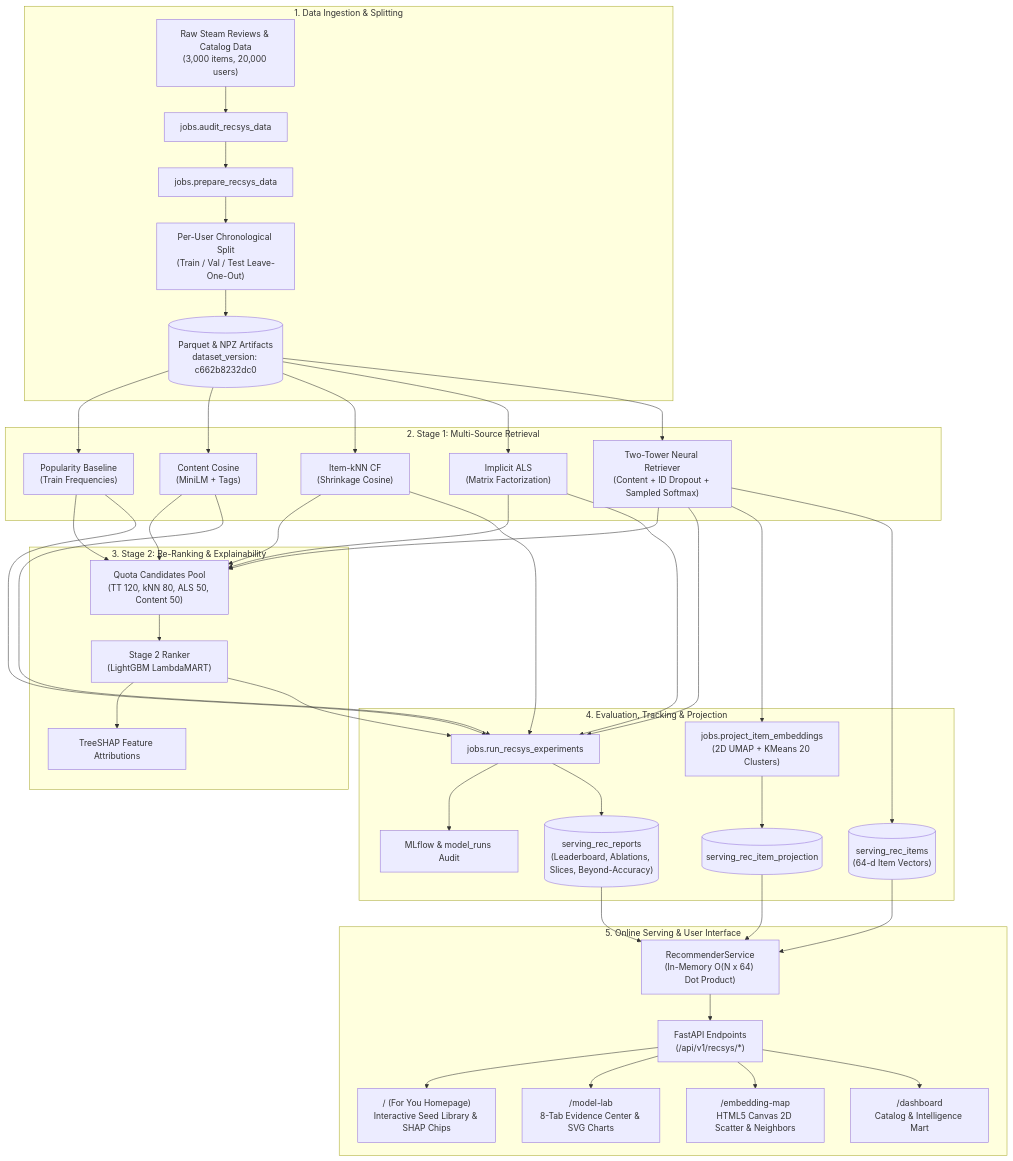
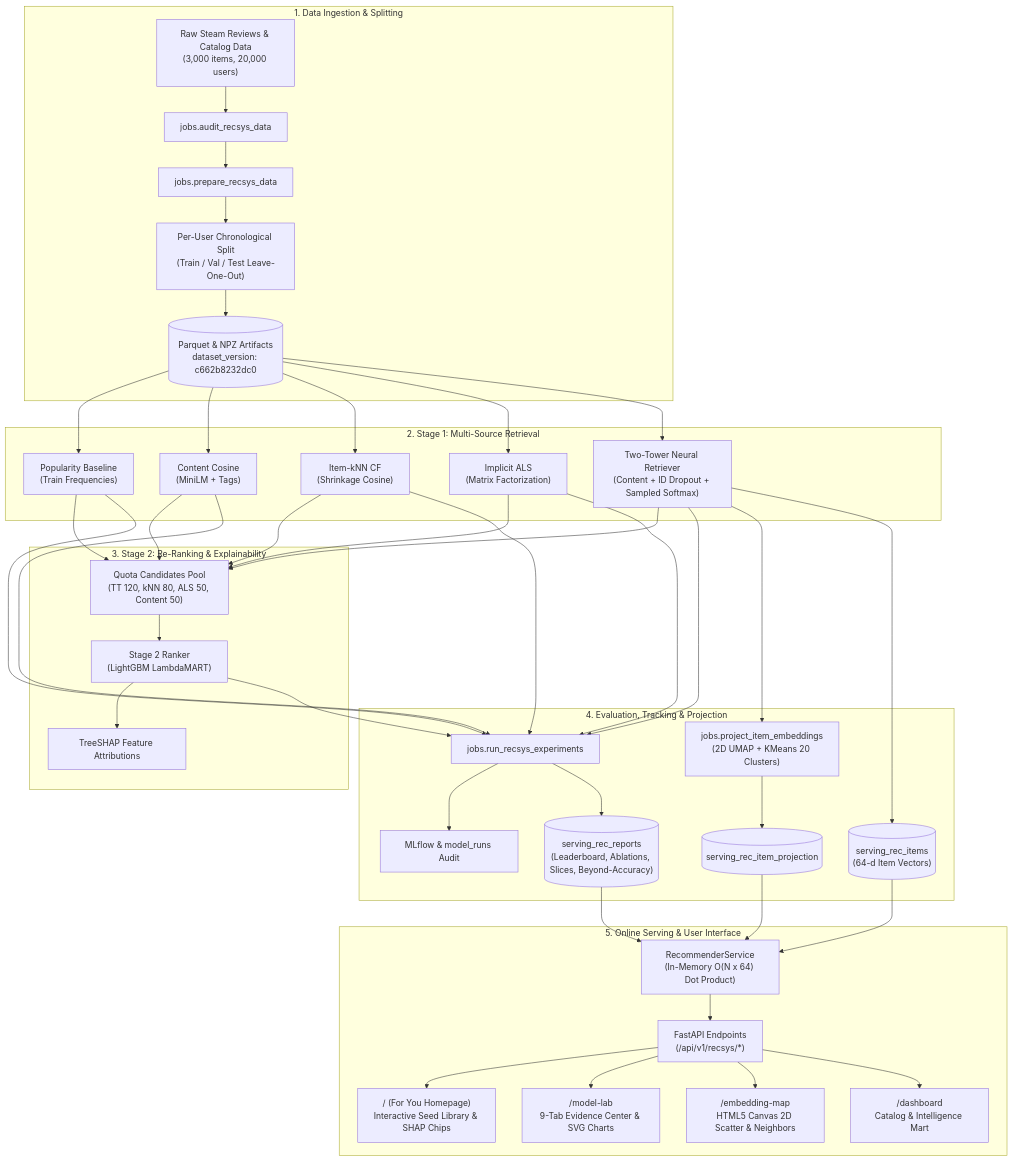
The diagram in README.md (MadhavGera/SteamIQ), drawn with Mermaid before and after one commit. The commit also changed other lines of this file and 4 other files, not shown here.

````diff
--- a/README.md
+++ b/README.md
@@ -9,43 +9,43 @@
 ```mermaid
 flowchart TD
     subgraph DataPrep ["1. Data Ingestion & Splitting"]
         Raw["Raw Steam Reviews & Catalog Data<br/>(3,000 items, 20,000 users)"]
         Audit["jobs.audit_recsys_data"]
         Prep["jobs.prepare_recsys_data"]
         Split["Per-User Chronological Split<br/>(Train / Val / Test Leave-One-Out)"]
         Parquet[("Parquet & NPZ Artifacts<br/>dataset_version: c662b8232dc0")]
         Raw --> Audit --> Prep --> Split --> Parquet
     end
 
     subgraph Stage1 ["2. Stage 1: Multi-Source Retrieval"]
         Parquet --> Pop["Popularity Baseline<br/>(Train Frequencies)"]
         Parquet --> Content["Content Cosine<br/>(MiniLM + Tags)"]
         Parquet --> ItemKNN["Item-kNN CF<br/>(Shrinkage Cosine)"]
         Parquet --> ALS["Implicit ALS<br/>(Matrix Factorization)"]
         Parquet --> TT["Two-Tower Neural Retriever<br/>(Content + ID Dropout + Sampled Softmax)"]
     end
 
     subgraph Stage2 ["3. Stage 2: Re-Ranking & Explainability"]
         Pop & Content & ItemKNN & ALS & TT --> Candidates["Quota Candidates Pool<br/>(TT 120, kNN 80, ALS 50, Content 50)"]
         Candidates --> Ranker["Stage 2 Ranker<br/>(LightGBM LambdaMART)"]
         Ranker --> SHAP["TreeSHAP Feature Attributions"]
     end
 
     subgraph Evaluation ["4. Evaluation, Tracking & Projection"]
         TT & Ranker & Pop & Content & ItemKNN & ALS --> Eval["jobs.run_recsys_experiments"]
         Eval --> MLflow["MLflow & model_runs Audit"]
         Eval --> Reports[("serving_rec_reports<br/>(Leaderboard, Ablations, Slices, Beyond-Accuracy)")]
         TT --> UMAP["jobs.project_item_embeddings<br/>(2D UMAP + KMeans 20 Clusters)"]
         UMAP --> ServingProj[("serving_rec_item_projection")]
         TT --> ServingItems[("serving_rec_items<br/>(64-d Item Vectors)")]
     end
 
     subgraph Serving ["5. Online Serving & User Interface"]
         ServingItems & ServingProj & Reports --> RecService["RecommenderService<br/>(In-Memory O(N x 64) Dot Product)"]
         RecService --> API["FastAPI Endpoints<br/>(/api/v1/recsys/*)"]
         API --> ForYou["/ (For You Homepage)<br/>Interactive Seed Library & SHAP Chips"]
-        API --> ModelLab["/model-lab<br/>8-Tab Evidence Center & SVG Charts"]
+        API --> ModelLab["/model-lab<br/>9-Tab Evidence Center & SVG Charts"]
         API --> EmbeddingMap["/embedding-map<br/>HTML5 Canvas 2D Scatter & Neighbors"]
         API --> Dashboard["/dashboard<br/>Catalog & Intelligence Mart"]
     end
 ```
````
